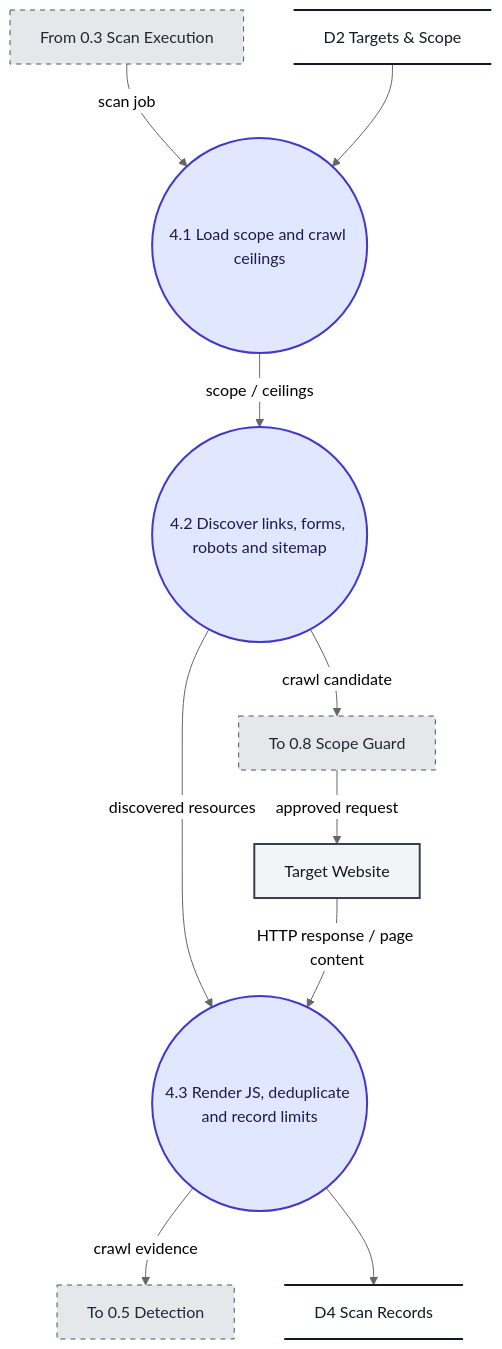
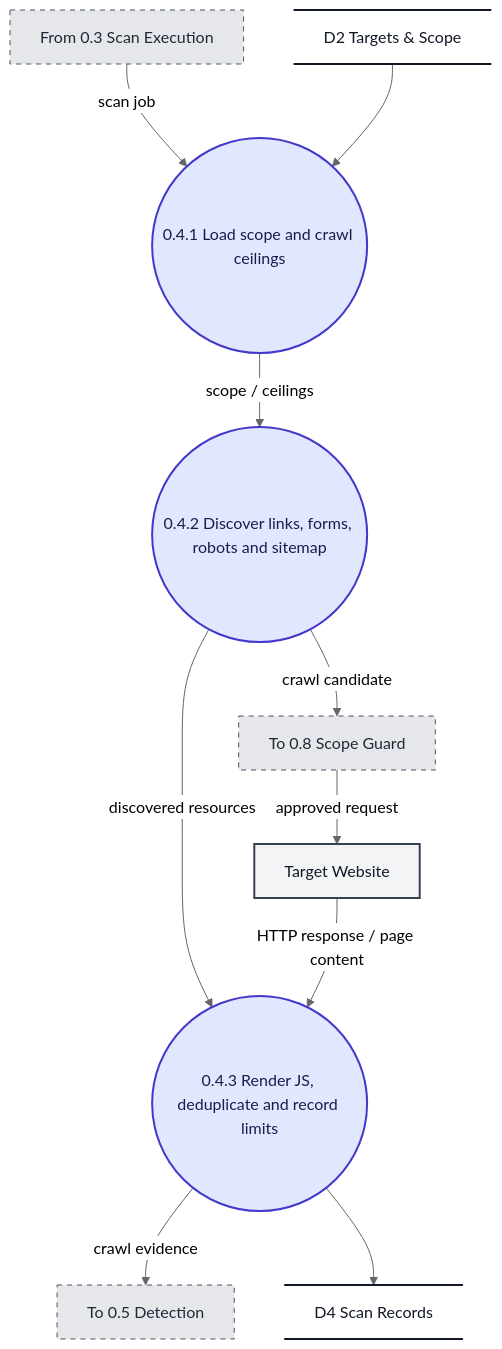
Before and after one commit to ksacheth/software-engineering: the sixth of 10 diagrams in docs/Website_Vulnerability_Scanner_DFD.md, drawn with Mermaid (neutral theme). The commit also changed other lines of this file and 25 other files, not shown here.

Commit message:
docs(dfd): refine scanner data flow diagrams

````diff
--- a/docs/Website_Vulnerability_Scanner_DFD.md
+++ b/docs/Website_Vulnerability_Scanner_DFD.md
@@ -243,37 +255,37 @@
 ```mermaid
 flowchart TD
     %% Level 2 DFD - F.4 Discovery (Crawling)
 
     I_From["From 0.3 Scan Execution"]
     I_To["To 0.5 Detection"]
     I_ScopeGuard["To 0.8 Scope Guard"]
 
-    P41(("4.1 Load scope and crawl ceilings"))
-    P42(("4.2 Discover links, forms, robots and sitemap"))
-    P43(("4.3 Render JS, deduplicate and record limits"))
+    P41(("0.4.1 Load scope and crawl ceilings"))
+    P42(("0.4.2 Discover links, forms, robots and sitemap"))
+    P43(("0.4.3 Render JS, deduplicate and record limits"))
 
     D2@{ shape: datastore, label: "D2 Targets & Scope" }
     D4@{ shape: datastore, label: "D4 Scan Records" }
     Target["Target Website"]
 
     I_From -->|"scan job"| P41
     P41 -->|"scope / ceilings"| P42
     P42 -->|"discovered resources"| P43
     P43 -->|"crawl evidence"| I_To
 
     D2 --> P41
     P42 -->|"crawl candidate"| I_ScopeGuard
     I_ScopeGuard -->|"approved request"| Target
     Target -->|"HTTP response / page content"| P43
     P43 --> D4
 
     %% Styling
     classDef process fill:#e0e7ff,stroke:#4338ca,stroke-width:2px,color:#1e1b4b;
     classDef entity fill:#f3f4f6,stroke:#374151,stroke-width:2px,color:#111827;
     classDef store fill:transparent,stroke:#111827,stroke-width:2px,color:#111827;
     classDef iface fill:#e5e7eb,stroke:#4b5563,stroke-width:1px,stroke-dasharray: 5 5,color:#1f2937;
     class P41,P42,P43 process;
     class Target entity;
     class D2,D4 store;
     class I_From,I_To,I_ScopeGuard iface;
 ```
````
